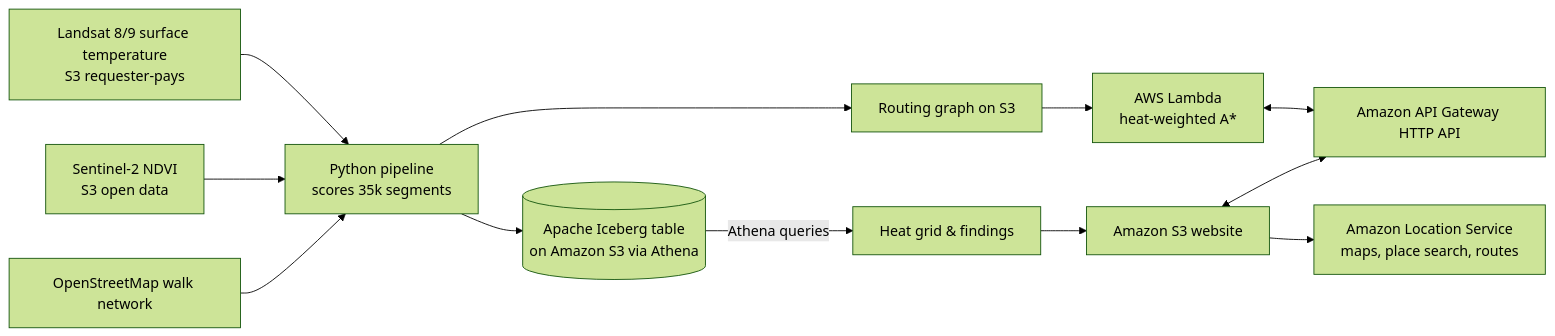
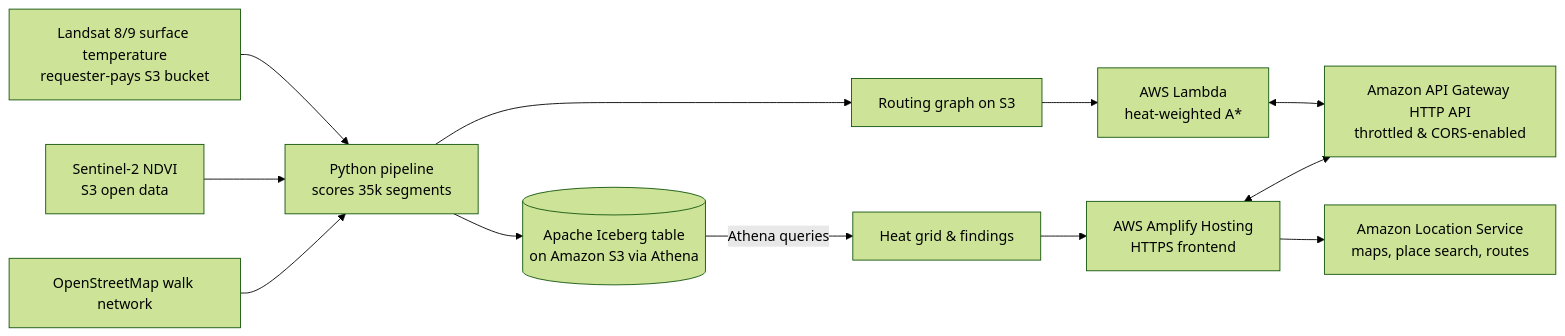
The diagram in README.md (Kaltroniz/CoolWalk), drawn with Mermaid (forest theme) before and after one commit. The commit also changed other lines of this file and 16 other files, not shown here.

First line of the commit message:
feat: deploy HTTPS via AWS Amplify, harden API, add surface temp metric, and polish docs

````diff
--- a/README.md
+++ b/README.md
@@ -14,14 +14,14 @@
 ```mermaid
 flowchart LR
-  L8[Landsat 8/9 surface temperature<br/>S3 requester-pays] --> P[Python pipeline<br/>scores 35k segments]
+  L8[Landsat 8/9 surface temperature<br/>requester-pays S3 bucket] --> P[Python pipeline<br/>scores 35k segments]
   S2[Sentinel-2 NDVI<br/>S3 open data] --> P
   OSM[OpenStreetMap walk network] --> P
   P --> ICE[(Apache Iceberg table<br/>on Amazon S3 via Athena)]
   ICE -->|Athena queries| ASSETS[Heat grid & findings]
   P --> GRAPH[Routing graph on S3]
   GRAPH --> LAM[AWS Lambda<br/>heat-weighted A*]
-  ASSETS --> SITE[Amazon S3 website]
-  LAM <--> API[Amazon API Gateway HTTP API]
-  SITE <--> API
-  SITE --> ALS[Amazon Location Service<br/>maps, place search, routes]
+  ASSETS --> HOST[AWS Amplify Hosting<br/>HTTPS frontend]
+  LAM <--> API[Amazon API Gateway HTTP API<br/>throttled & CORS-enabled]
+  HOST <--> API
+  HOST --> ALS[Amazon Location Service<br/>maps, place search, routes]
 ```
````
